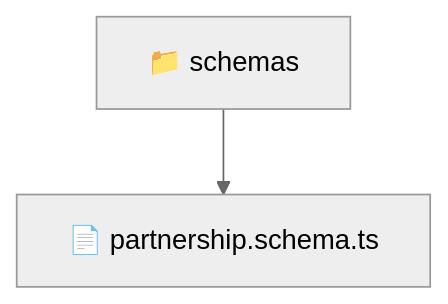
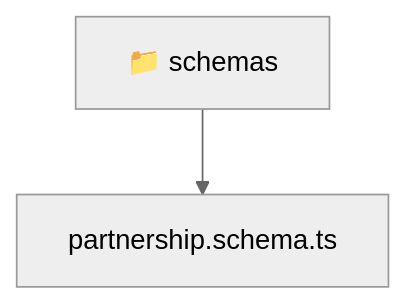
One commit to beginwebdev2002/fullstack-mavluda changed the diagram in backend/src/modules/partnership/infrastructure/schemas/README.md. Above: the diagram before and after it, drawn with Mermaid (neutral theme). The commit also changed other lines of this file and 167 other files, not shown here.

````diff
--- a/backend/src/modules/partnership/infrastructure/schemas/README.md
+++ b/backend/src/modules/partnership/infrastructure/schemas/README.md
@@ -9,5 +9,6 @@
 ```mermaid
 graph TD
-  Root["📁 schemas"]
-  Root --> partnership_schema_ts["📄 partnership.schema.ts"]
+  Root_schemas["📁 schemas"]
+  f_partnership_schema_ts["partnership.schema.ts"]
+  Root_schemas --> f_partnership_schema_ts
 ```
````
